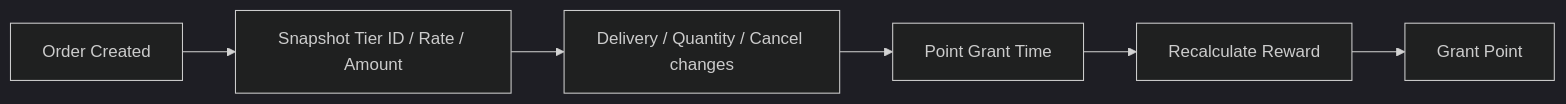
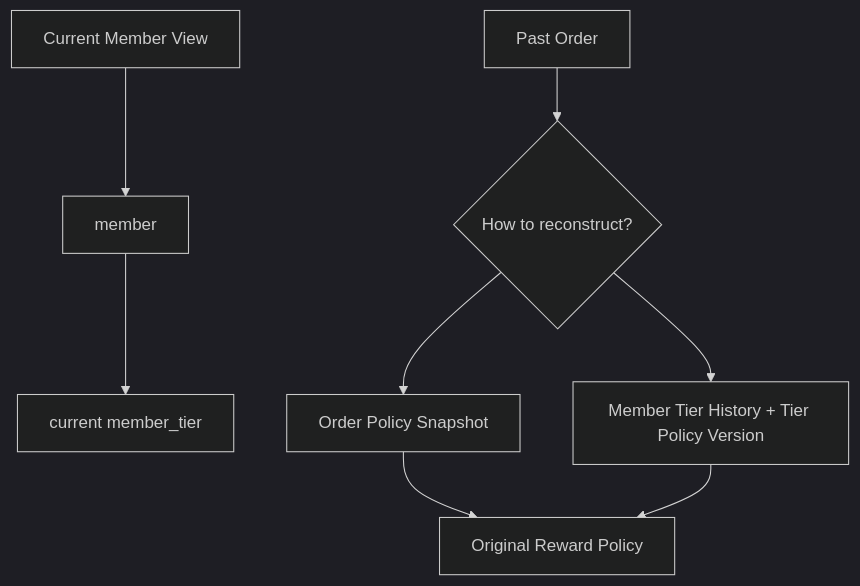
Before and after one commit to dev-wonny/engineering-notes: the third of 6 diagrams in resume/zigzag/index.md, drawn with Mermaid (dark theme). The commit also changed other lines of this file, not shown here.

Commit message:
Clarify current-state vs historical policy reconstruction in Zigzag resume

````diff
--- a/resume/zigzag/index.md
+++ b/resume/zigzag/index.md
@@ -204,8 +229,11 @@
 ```mermaid
-flowchart LR
-    A[Order Created] --> B[Snapshot Tier ID / Rate / Amount]
-    B --> C[Delivery / Quantity / Cancel changes]
-    C --> D[Point Grant Time]
-    D --> E[Recalculate Reward]
-    E --> F[Grant Point]
+flowchart TD
+    A[Current Member View] --> B[member]
+    B --> C[current member_tier]
+
+    D[Past Order] --> E{How to reconstruct?}
+    E --> F[Order Policy Snapshot]
+    E --> G[Member Tier History + Tier Policy Version]
+    F --> H[Original Reward Policy]
+    G --> H
 ```
````
